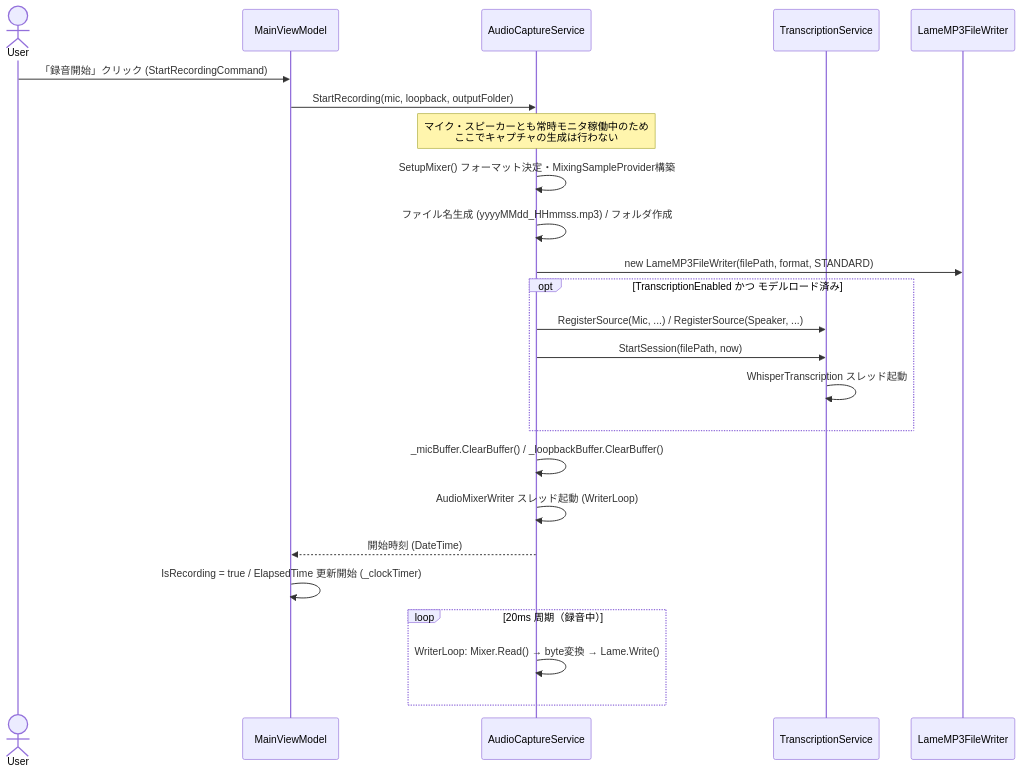
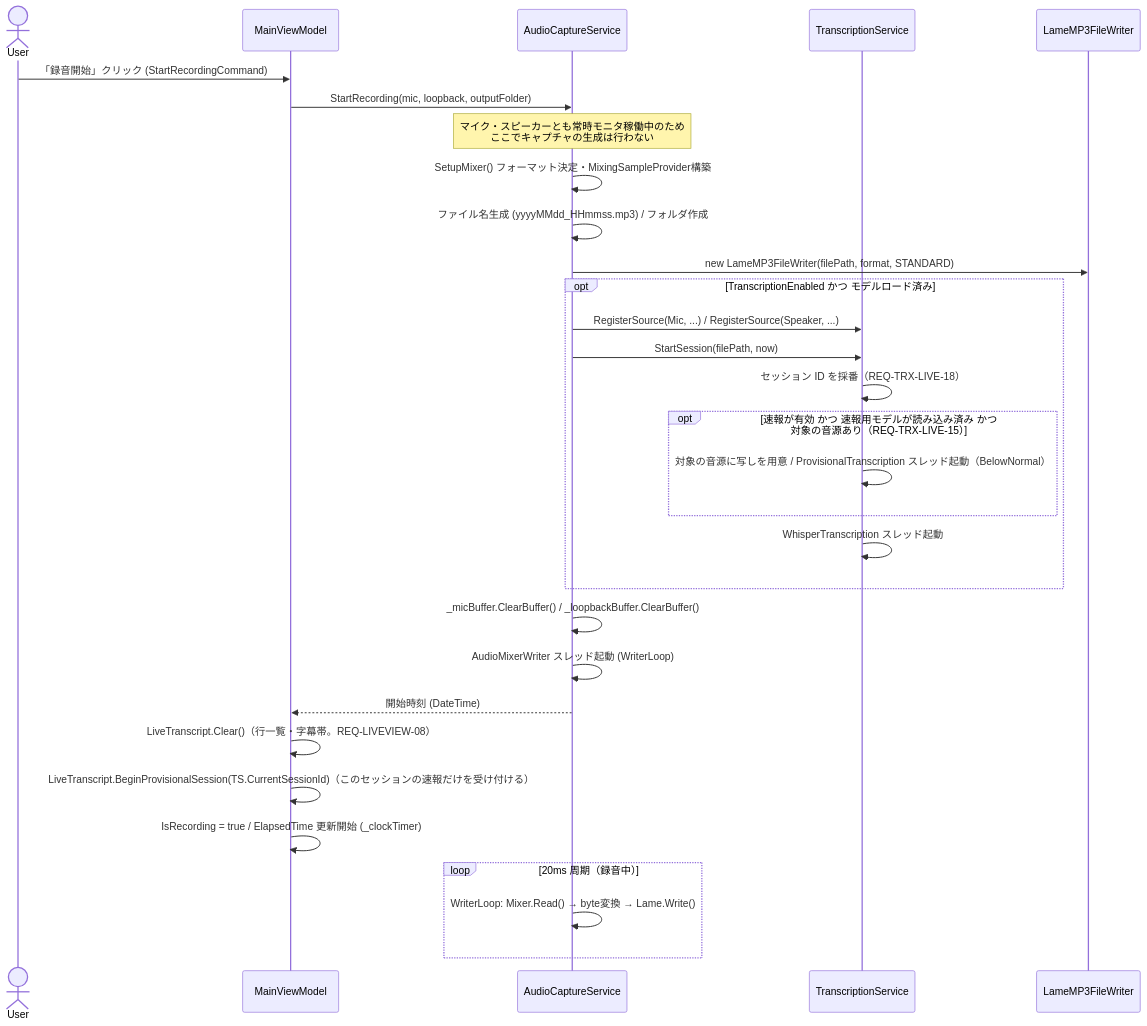
Before and after one commit to otomac/audio-capture-app: the second of 9 diagrams in docs/spec/04_sequence_diagram.md, drawn with Mermaid. The commit also changed other lines of this file and 37 other files, not shown here.

````diff
--- a/docs/spec/04_sequence_diagram.md
+++ b/docs/spec/04_sequence_diagram.md
@@ -52,30 +52,36 @@
 ```mermaid
 sequenceDiagram
     actor User
     participant VM as MainViewModel
     participant ACS as AudioCaptureService
     participant TS as TranscriptionService
     participant Lame as LameMP3FileWriter
 
     User->>VM: 「録音開始」クリック (StartRecordingCommand)
     VM->>ACS: StartRecording(mic, loopback, outputFolder)
     Note over ACS: マイク・スピーカーとも常時モニタ稼働中のため<br/>ここでキャプチャの生成は行わない
     ACS->>ACS: SetupMixer() フォーマット決定・MixingSampleProvider構築
     ACS->>ACS: ファイル名生成 (yyyyMMdd_HHmmss.mp3) / フォルダ作成
     ACS->>Lame: new LameMP3FileWriter(filePath, format, STANDARD)
 
     opt TranscriptionEnabled かつ モデルロード済み
         ACS->>TS: RegisterSource(Mic, ...) / RegisterSource(Speaker, ...)
         ACS->>TS: StartSession(filePath, now)
+        TS->>TS: セッション ID を採番（REQ-TRX-LIVE-18）
+        opt 速報が有効 かつ 速報用モデルが読み込み済み かつ 対象の音源あり（REQ-TRX-LIVE-15）
+            TS->>TS: 対象の音源に写しを用意 / ProvisionalTranscription スレッド起動（BelowNormal）
+        end
         TS->>TS: WhisperTranscription スレッド起動
     end
 
     ACS->>ACS: _micBuffer.ClearBuffer() / _loopbackBuffer.ClearBuffer()
     ACS->>ACS: AudioMixerWriter スレッド起動 (WriterLoop)
     ACS-->>VM: 開始時刻 (DateTime)
+    VM->>VM: LiveTranscript.Clear()（行一覧・字幕帯。REQ-LIVEVIEW-08）
+    VM->>VM: LiveTranscript.BeginProvisionalSession(TS.CurrentSessionId)（このセッションの速報だけを受け付ける）
     VM->>VM: IsRecording = true / ElapsedTime 更新開始 (_clockTimer)
 
     loop 20ms 周期（録音中）
         ACS->>ACS: WriterLoop: Mixer.Read() → byte変換 → Lame.Write()
     end
 ```
````
